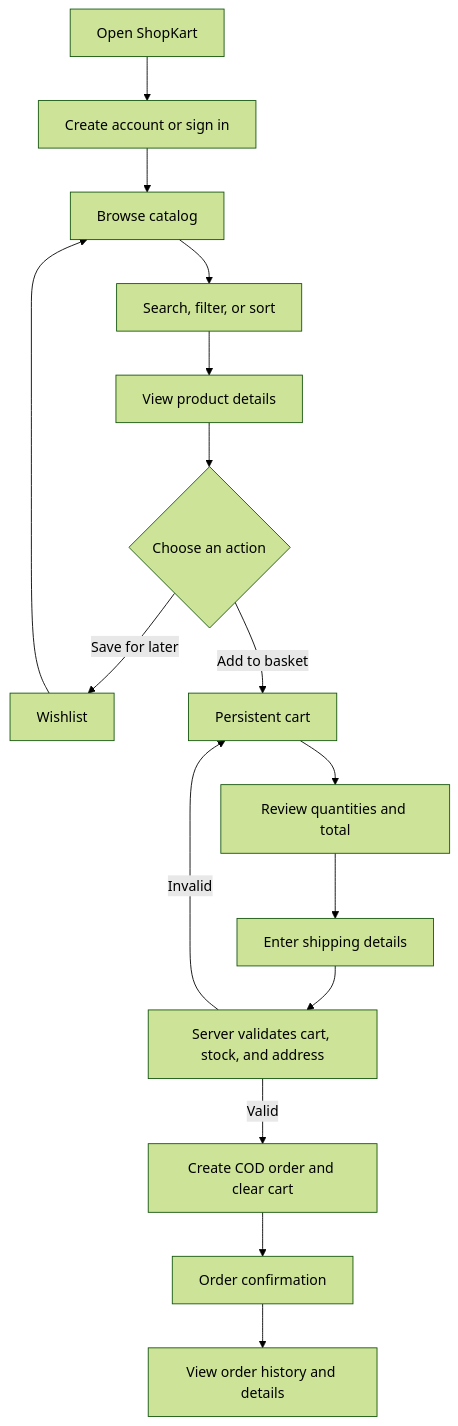
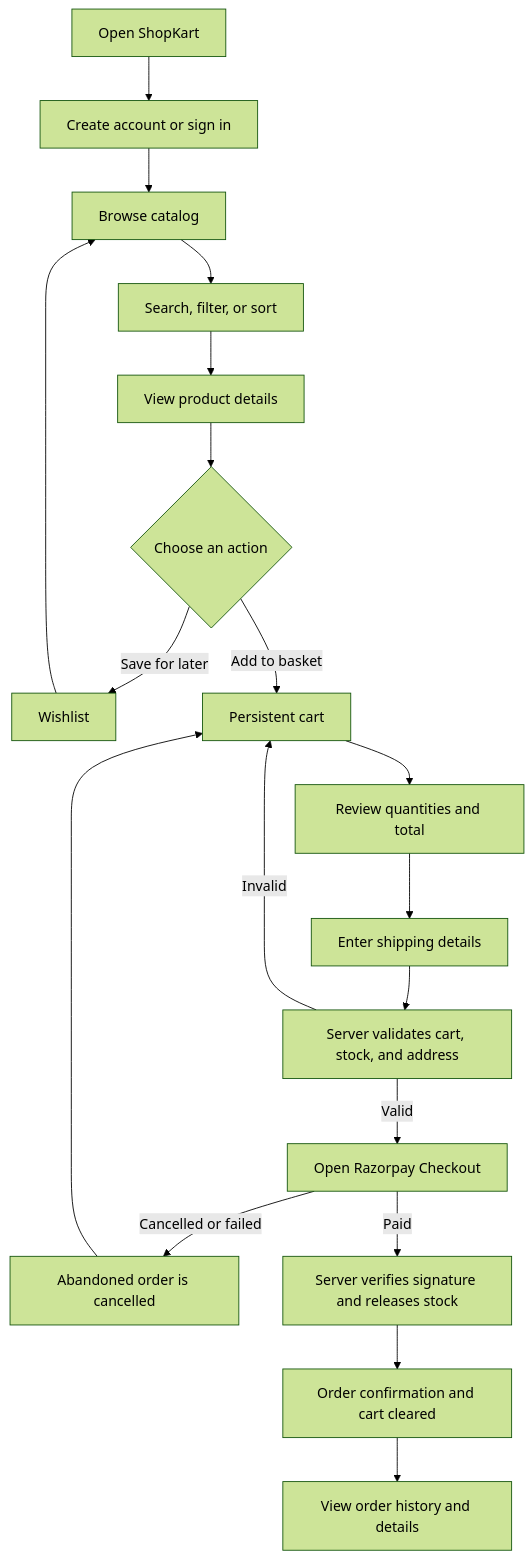
Before and after one commit to SUJALSPATEL/Shopkart: the first of 2 diagrams in README.md, drawn with Mermaid (forest theme). The commit also changed other lines of this file and 11 other files, not shown here.

````diff
--- a/README.md
+++ b/README.md
@@ -31,18 +56,21 @@
 ```mermaid
 flowchart TD
     A[Open ShopKart] --> B[Create account or sign in]
     B --> C[Browse catalog]
     C --> D[Search, filter, or sort]
     D --> E[View product details]
     E --> F{Choose an action}
     F -->|Save for later| G[Wishlist]
     F -->|Add to basket| H[Persistent cart]
     G --> C
     H --> I[Review quantities and total]
     I --> J[Enter shipping details]
     J --> K[Server validates cart, stock, and address]
-    K -->|Valid| L[Create COD order and clear cart]
     K -->|Invalid| H
-    L --> M[Order confirmation]
-    M --> N[View order history and details]
+    K -->|Valid| L[Open Razorpay Checkout]
+    L -->|Cancelled or failed| M[Abandoned order is cancelled]
+    L -->|Paid| N[Server verifies signature and releases stock]
+    N --> O[Order confirmation and cart cleared]
+    O --> P[View order history and details]
+    M --> H
 ```
````
